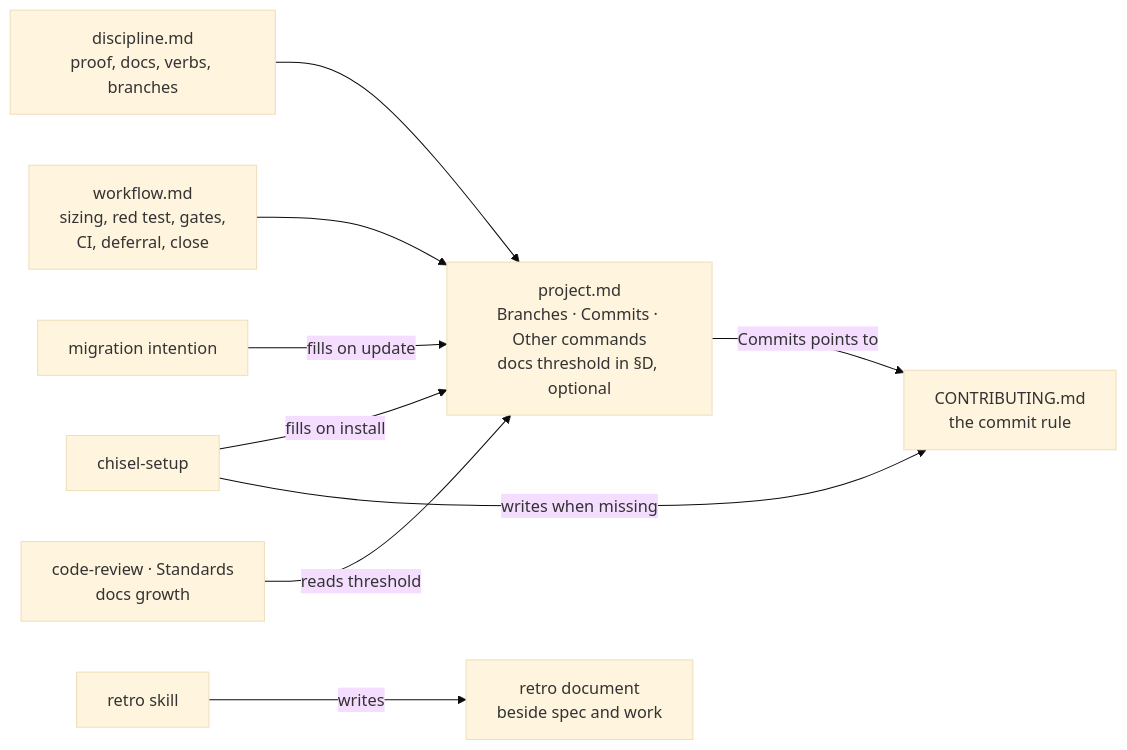
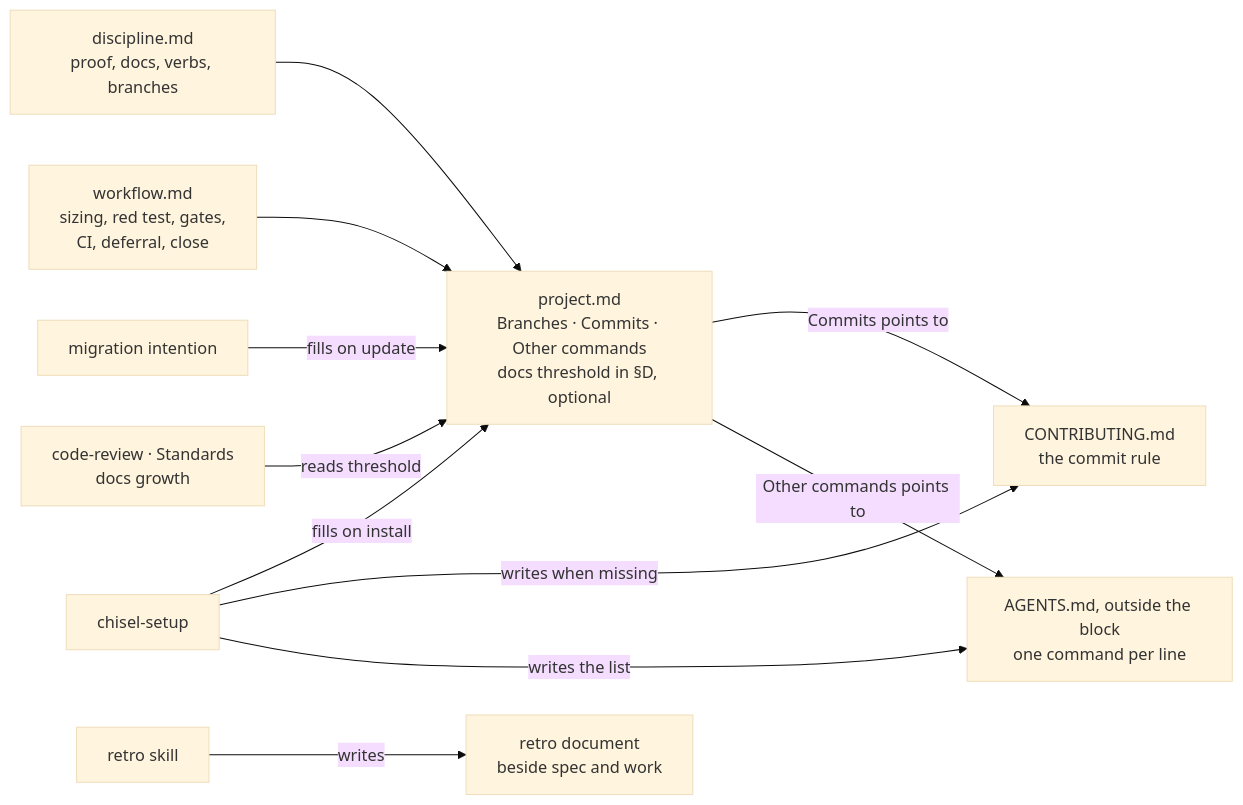
One commit to lonestone/chisel changed the diagram in project-management/tasks/20261122-0002-working-rules-from-the-field.spec.md. Above: the diagram before and after it, drawn with Mermaid (base theme). The commit also changed other lines of this file, not shown here.

First line of the commit message:
docs(tasks): the commands go in the agents file, spec approved

````diff
--- a/project-management/tasks/20261122-0002-working-rules-from-the-field.spec.md
+++ b/project-management/tasks/20261122-0002-working-rules-from-the-field.spec.md
@@ -263,12 +274,14 @@
 ```mermaid
 flowchart LR
   D[discipline.md<br/>proof, docs, verbs, branches] --> P
   W[workflow.md<br/>sizing, red test, gates,<br/>CI, deferral, close] --> P
   P[project.md<br/>Branches · Commits · Other commands<br/>docs threshold in §D, optional]
   S[chisel-setup] -->|fills on install| P
   I[migration intention] -->|fills on update| P
   C[code-review · Standards<br/>docs growth] -->|reads threshold| P
   P -->|Commits points to| CO[CONTRIBUTING.md<br/>the commit rule]
   S -->|writes when missing| CO
+  P -->|Other commands points to| AG[AGENTS.md, outside the block<br/>one command per line]
+  S -->|writes the list| AG
   R[retro skill] -->|writes| RD[retro document<br/>beside spec and work]
 ```
````
